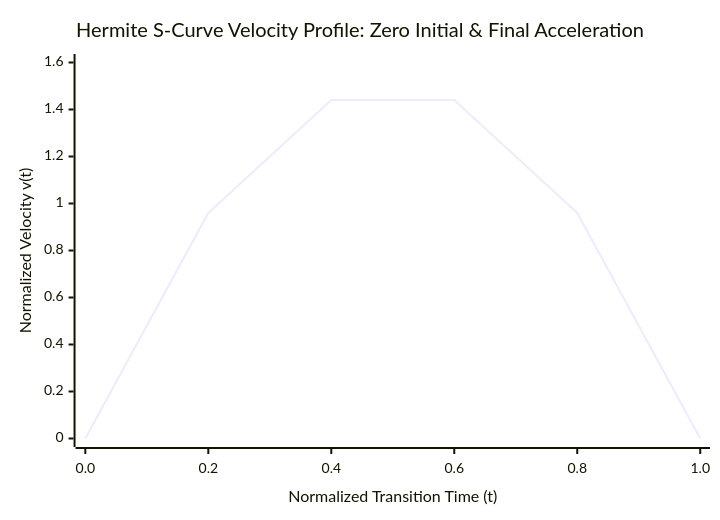
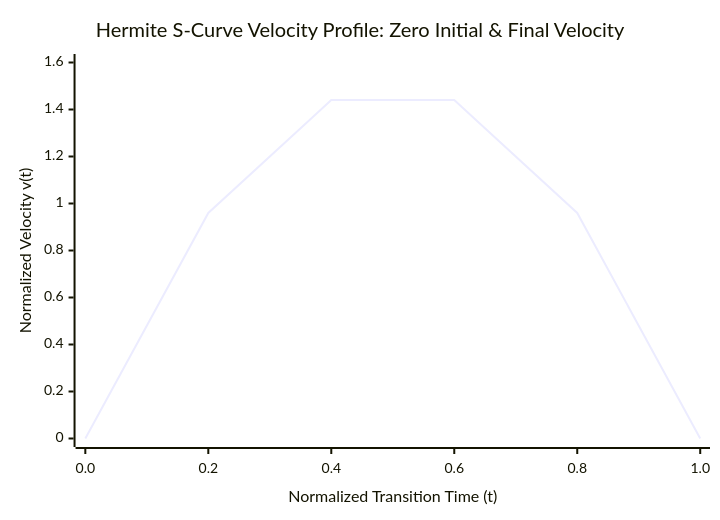
The second of 4 diagrams in inspection/street-inspection.mdx (khadeer0503/BIO-INTEL-MOB-Docs), drawn with Mermaid before and after one commit. The commit also changed other lines of this file and 10 other files, not shown here.

Commit message:
fixed the error related to the charts or the images while rendering

````diff
--- a/inspection/street-inspection.mdx
+++ b/inspection/street-inspection.mdx
@@ -43,7 +45,7 @@
 ```mermaid
 xychart-beta
-    title "Hermite S-Curve Velocity Profile: Zero Initial & Final Acceleration"
+    title "Hermite S-Curve Velocity Profile: Zero Initial & Final Velocity"
     x-axis "Normalized Transition Time (t)" [0.0, 0.2, 0.4, 0.6, 0.8, 1.0]
     y-axis "Normalized Velocity v(t)" 0.0 --> 1.6
     line [0.0, 0.96, 1.44, 1.44, 0.96, 0.0]
 ```
````
